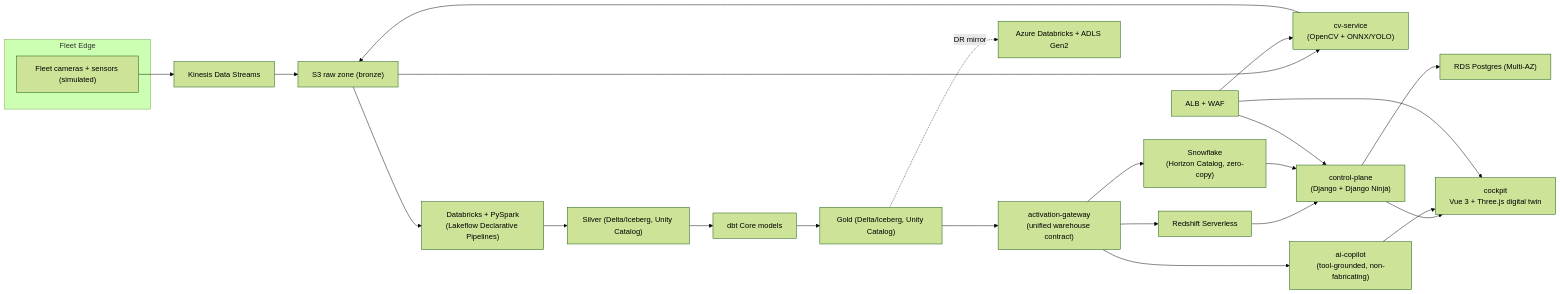
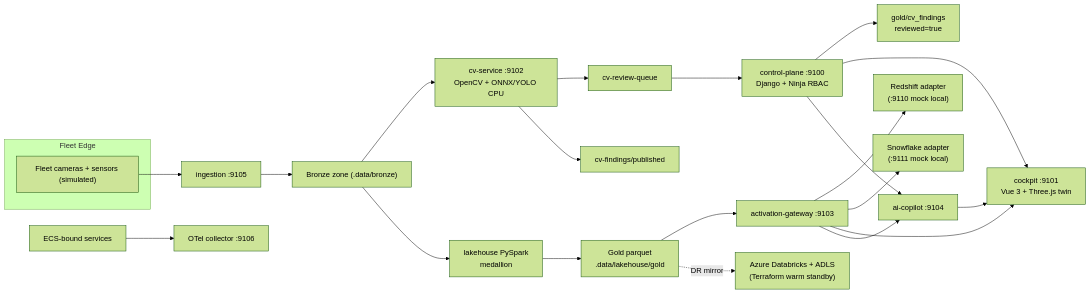
Before and after one commit to hamidmatiny/PRISM: the diagram in ARCHITECTURE.md, drawn with Mermaid (forest theme). The commit also changed other lines of this file and 32 other files, not shown here.

````diff
--- a/ARCHITECTURE.md
+++ b/ARCHITECTURE.md
@@ -7,27 +9,25 @@
 ```mermaid
 flowchart LR
   subgraph Edge["Fleet Edge"]
     Cams["Fleet cameras + sensors (simulated)"]
   end
-  Cams --> Kinesis["Kinesis Data Streams"]
-  Kinesis --> S3Raw["S3 raw zone (bronze)"]
-  S3Raw --> CV["cv-service\n(OpenCV + ONNX/YOLO)"]
-  CV --> S3Raw
-  S3Raw --> DBX["Databricks + PySpark\n(Lakeflow Declarative Pipelines)"]
-  DBX --> Silver["Silver (Delta/Iceberg, Unity Catalog)"]
-  Silver --> DBT["dbt Core models"]
-  DBT --> Gold["Gold (Delta/Iceberg, Unity Catalog)"]
-  Gold --> Activation["activation-gateway\n(unified warehouse contract)"]
-  Activation --> Redshift["Redshift Serverless"]
-  Activation --> Snowflake["Snowflake\n(Horizon Catalog, zero-copy)"]
-  Gold -.->|"DR mirror"| Azure["Azure Databricks + ADLS Gen2"]
-  Redshift --> API["control-plane\n(Django + Django Ninja)"]
-  Snowflake --> API
-  API --> RDS["RDS Postgres (Multi-AZ)"]
-  API --> Cockpit["cockpit\nVue 3 + Three.js digital twin"]
-  Activation --> Copilot["ai-copilot\n(tool-grounded, non-fabricating)"]
+  Cams --> Ingest["ingestion :9105"]
+  Ingest --> Bronze["Bronze zone (.data/bronze)"]
+  Bronze --> CV["cv-service :9102\nOpenCV + ONNX/YOLO CPU"]
+  CV --> ReviewQ["cv-review-queue"]
+  CV --> Published["cv-findings/published"]
+  Bronze --> Lakehouse["lakehouse PySpark\nmedallion"]
+  Lakehouse --> Gold["Gold parquet\n.data/lakehouse/gold"]
+  ReviewQ --> CP["control-plane :9100\nDjango + Ninja RBAC"]
+  CP --> GoldFindings["gold/cv_findings\nreviewed=true"]
+  Gold --> Activation["activation-gateway :9103"]
+  Activation --> Redshift["Redshift adapter\n(:9110 mock local)"]
+  Activation --> Snowflake["Snowflake adapter\n(:9111 mock local)"]
+  Gold -.->|"DR mirror"| Azure["Azure Databricks + ADLS\n(Terraform warm standby)"]
+  CP --> Cockpit["cockpit :9101\nVue 3 + Three.js twin"]
+  Activation --> Cockpit
+  Activation --> Copilot["ai-copilot :9104"]
+  CP --> Copilot
   Copilot --> Cockpit
-  ALB["ALB + WAF"] --> API
-  ALB --> Cockpit
-  ALB --> CV
+  Services["ECS-bound services"] --> OTel["OTel collector :9106"]
 ```
````
